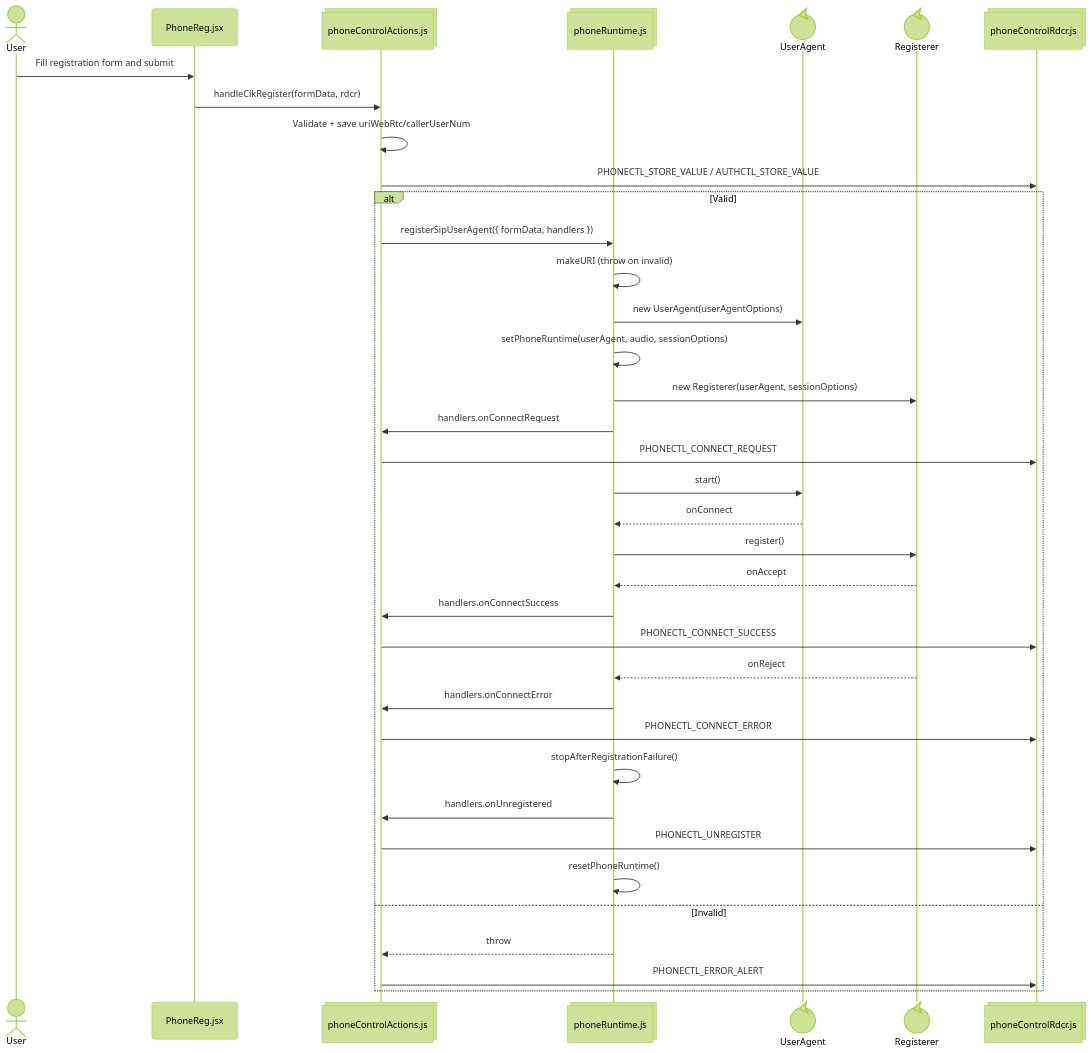
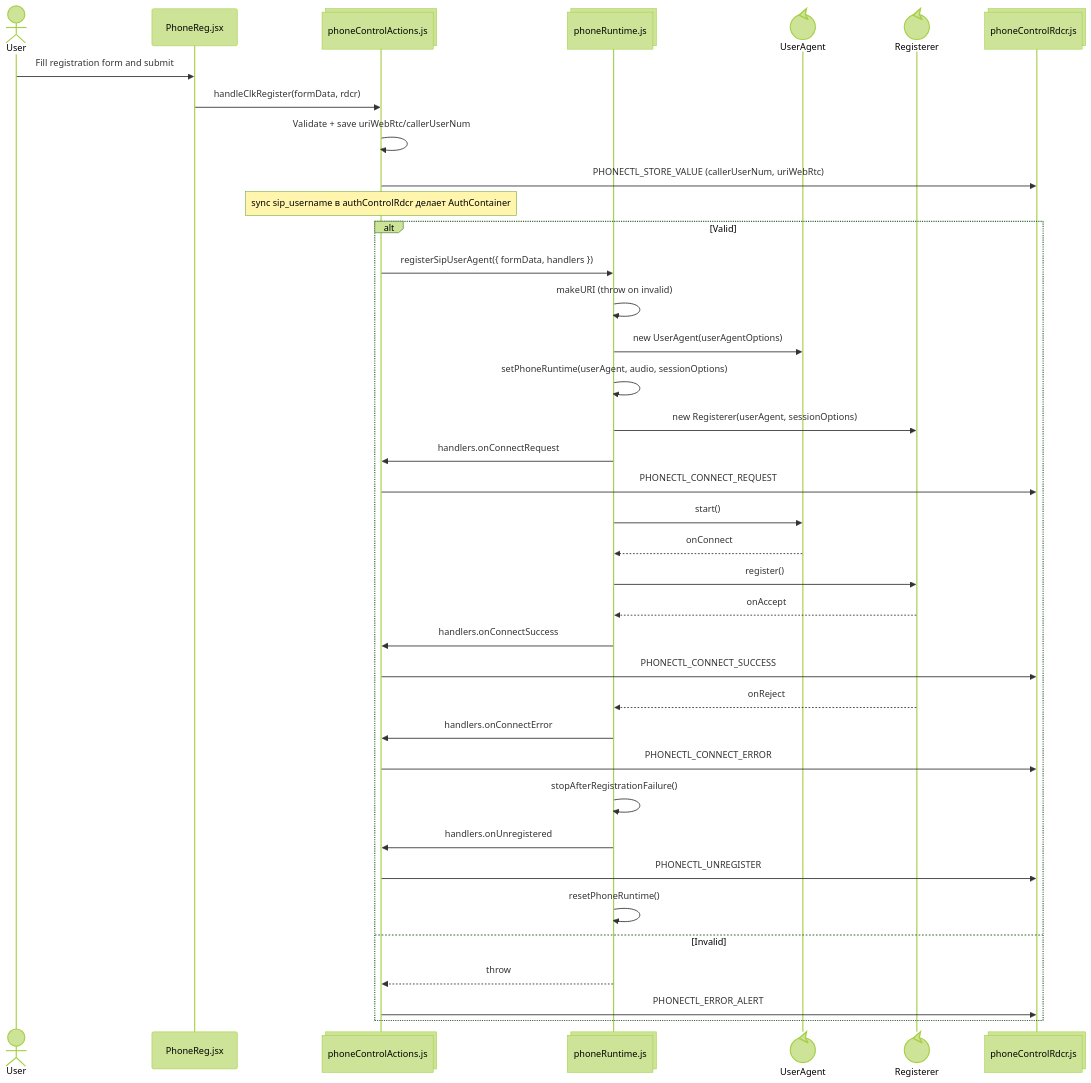
One commit to ars-anosov/sipjs-react changed the fourth of 9 diagrams in STATE.md. Above: the diagram before and after it, drawn with Mermaid (forest theme). The commit also changed other lines of this file and 12 other files, not shown here.

Commit message:
Для Auth появился свой container. Теперь Auth это мост к сервисам.

````diff
--- a/STATE.md
+++ b/STATE.md
@@ -83,40 +115,41 @@
 ```mermaid
 sequenceDiagram
   actor User
   participant PhoneReg@{ "type" : "participant", "alias": "PhoneReg.jsx" }
   participant Action@{ "type" : "collections", "alias": "phoneControlActions.js" }
   participant Runtime@{ "type" : "collections", "alias": "phoneRuntime.js" }
   participant UserAgent@{ "type" : "control" }
   participant Registerer@{ "type" : "control" }
   participant Dispatch@{ "type" : "collections", "alias": "phoneControlRdcr.js" }
 
   User->>PhoneReg: Fill registration form and submit
   PhoneReg->>Action: handleClkRegister(formData, rdcr)
   Action->>Action: Validate + save uriWebRtc/callerUserNum
-  Action->>Dispatch: PHONECTL_STORE_VALUE / AUTHCTL_STORE_VALUE
+  Action->>Dispatch: PHONECTL_STORE_VALUE (callerUserNum, uriWebRtc)
+  Note over Action: sync sip_username в authControlRdcr делает AuthContainer
   alt Valid
     Action->>Runtime: registerSipUserAgent({ formData, handlers })
     Runtime->>Runtime: makeURI (throw on invalid)
     Runtime->>UserAgent: new UserAgent(userAgentOptions)
     Runtime->>Runtime: setPhoneRuntime(userAgent, audio, sessionOptions)
     Runtime->>Registerer: new Registerer(userAgent, sessionOptions)
     Runtime->>Action: handlers.onConnectRequest
     Action->>Dispatch: PHONECTL_CONNECT_REQUEST
     Runtime->>UserAgent: start()
     UserAgent-->>Runtime: onConnect
     Runtime->>Registerer: register()
     Registerer-->>Runtime: onAccept
     Runtime->>Action: handlers.onConnectSuccess
     Action->>Dispatch: PHONECTL_CONNECT_SUCCESS
     Registerer-->>Runtime: onReject
     Runtime->>Action: handlers.onConnectError
     Action->>Dispatch: PHONECTL_CONNECT_ERROR
     Runtime->>Runtime: stopAfterRegistrationFailure()
     Runtime->>Action: handlers.onUnregistered
     Action->>Dispatch: PHONECTL_UNREGISTER
     Runtime->>Runtime: resetPhoneRuntime()
   else Invalid
     Runtime-->>Action: throw
     Action->>Dispatch: PHONECTL_ERROR_ALERT
   end
 ```
````
